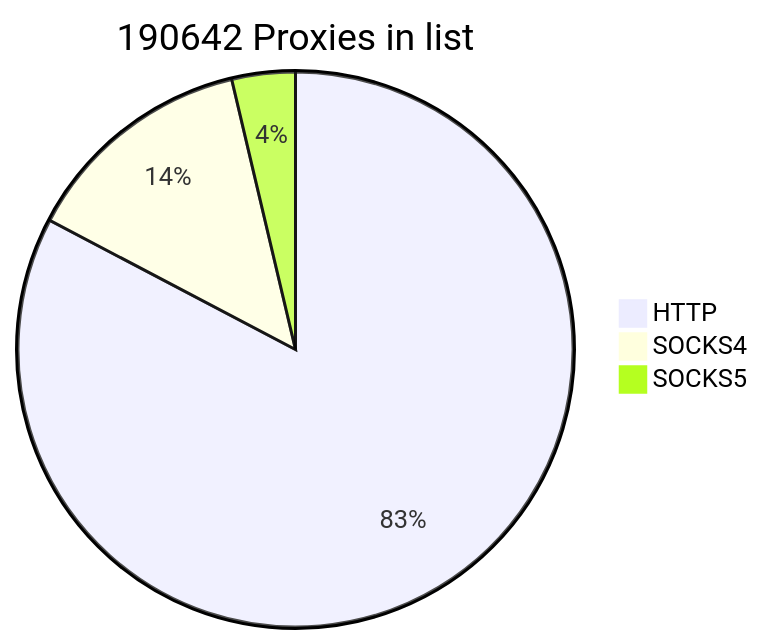
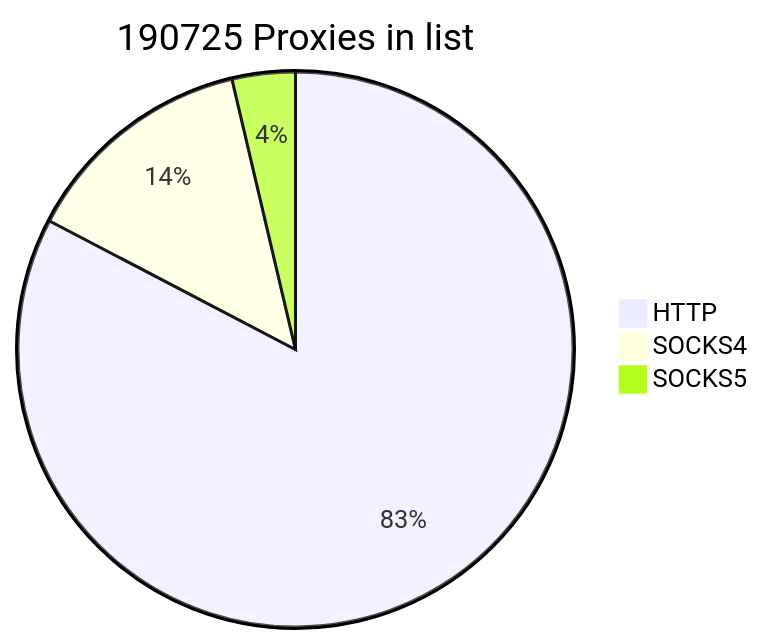
One commit to cutipu/proxylist changed the first of 2 diagrams in README.md. Above: the diagram before and after it, drawn with Mermaid. The commit also changed other lines of this file, not shown here.

````diff
--- a/README.md
+++ b/README.md
@@ -2,7 +2,7 @@
 ```mermaid
-pie title 190642 Proxies in list
+pie title 190725 Proxies in list
     "HTTP" : 157660
-    "SOCKS4" : 25944
-    "SOCKS5" : 7038
+    "SOCKS4" : 26059
+    "SOCKS5" : 7006
             
 ```
````
